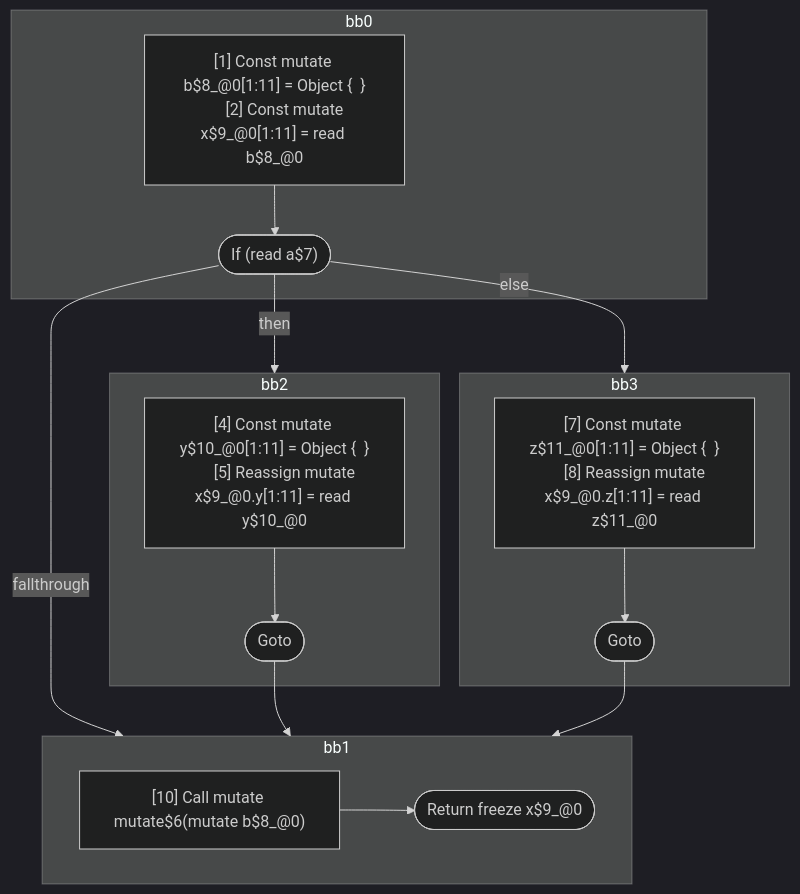
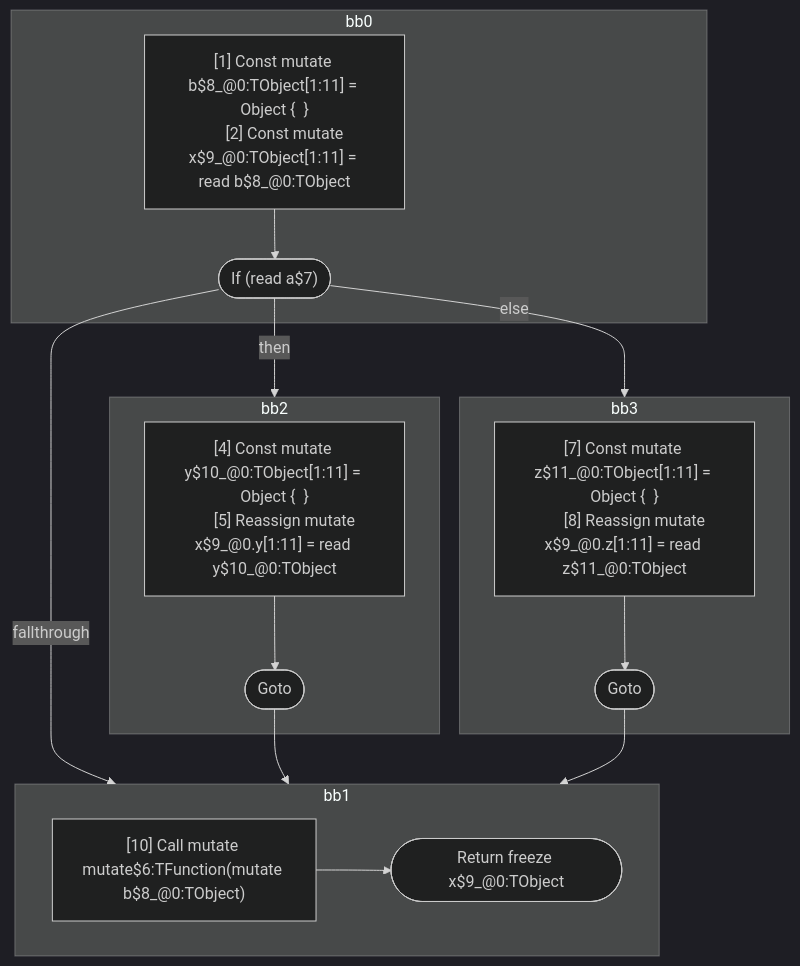
One commit to wutsmog/private changed the diagram in compiler/forget/src/__tests__/fixtures/hir/ssa-property-alias-alias-mutate-if.expect.md. Above: the diagram before and after it, drawn with Mermaid (dark theme). The commit also changed other lines of this file and 112 other files, not shown here.

````diff
--- a/compiler/forget/src/__tests__/fixtures/hir/ssa-property-alias-alias-mutate-if.expect.md
+++ b/compiler/forget/src/__tests__/fixtures/hir/ssa-property-alias-alias-mutate-if.expect.md
@@ -71,39 +71,39 @@
 ```mermaid
 flowchart TB
   %% Basic Blocks
   subgraph bb0
     bb0_instrs["
-      [1] Const mutate b$8_@0[1:11] = Object {  }
-      [2] Const mutate x$9_@0[1:11] = read b$8_@0
+      [1] Const mutate b$8_@0:TObject[1:11] = Object {  }
+      [2] Const mutate x$9_@0:TObject[1:11] = read b$8_@0:TObject
     "]
     bb0_instrs --> bb0_terminal(["If (read a$7)"])
   end
   subgraph bb2
     bb2_instrs["
-      [4] Const mutate y$10_@0[1:11] = Object {  }
-      [5] Reassign mutate x$9_@0.y[1:11] = read y$10_@0
+      [4] Const mutate y$10_@0:TObject[1:11] = Object {  }
+      [5] Reassign mutate x$9_@0.y[1:11] = read y$10_@0:TObject
     "]
     bb2_instrs --> bb2_terminal(["Goto"])
   end
   subgraph bb3
     bb3_instrs["
-      [7] Const mutate z$11_@0[1:11] = Object {  }
-      [8] Reassign mutate x$9_@0.z[1:11] = read z$11_@0
+      [7] Const mutate z$11_@0:TObject[1:11] = Object {  }
+      [8] Reassign mutate x$9_@0.z[1:11] = read z$11_@0:TObject
     "]
     bb3_instrs --> bb3_terminal(["Goto"])
   end
   subgraph bb1
     bb1_instrs["
-      [10] Call mutate mutate$6(mutate b$8_@0)
+      [10] Call mutate mutate$6:TFunction(mutate b$8_@0:TObject)
     "]
-    bb1_instrs --> bb1_terminal(["Return freeze x$9_@0"])
+    bb1_instrs --> bb1_terminal(["Return freeze x$9_@0:TObject"])
   end
 
   %% Jumps
   bb0_terminal -- "then" --> bb2
   bb0_terminal -- "else" --> bb3
   bb0_terminal -- "fallthrough" --> bb1
   bb2_terminal --> bb1
   bb3_terminal --> bb1
 
 ```
````
